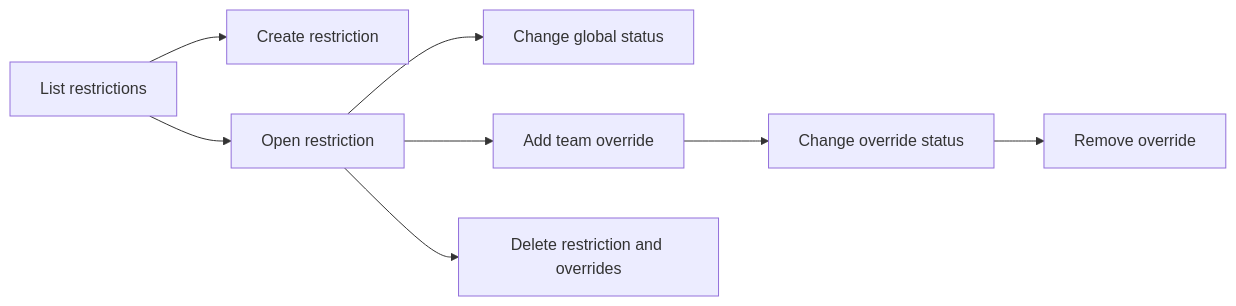
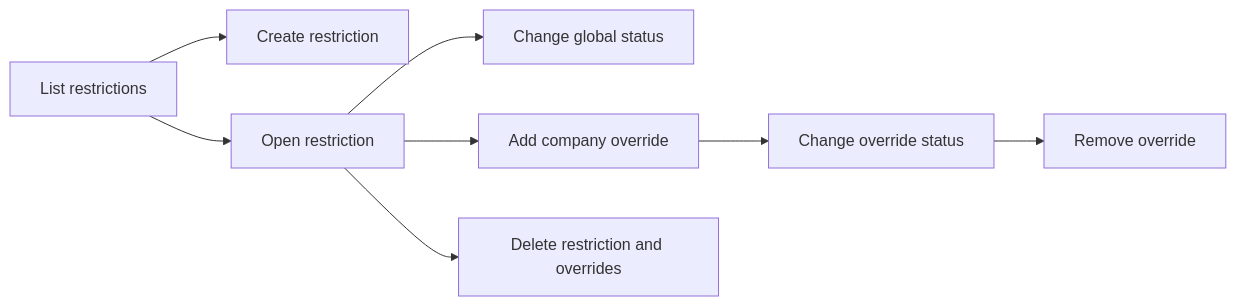
One commit to globe-and-citizen/cnc-portal changed the diagram in docs/features/backoffice/feature-restrictions/README.md. Above: the diagram before and after it, drawn with Mermaid. The commit also changed other lines of this file and 11 other files, not shown here.

````diff
--- a/docs/features/backoffice/feature-restrictions/README.md
+++ b/docs/features/backoffice/feature-restrictions/README.md
@@ -20,10 +20,10 @@
 ```mermaid
 flowchart LR
   list[List restrictions] --> create[Create restriction]
   list --> detail[Open restriction]
   detail --> global[Change global status]
-  detail --> add[Add team override]
+  detail --> add[Add company override]
   add --> update[Change override status]
   update --> remove[Remove override]
   detail --> delete[Delete restriction and overrides]
 ```
````
